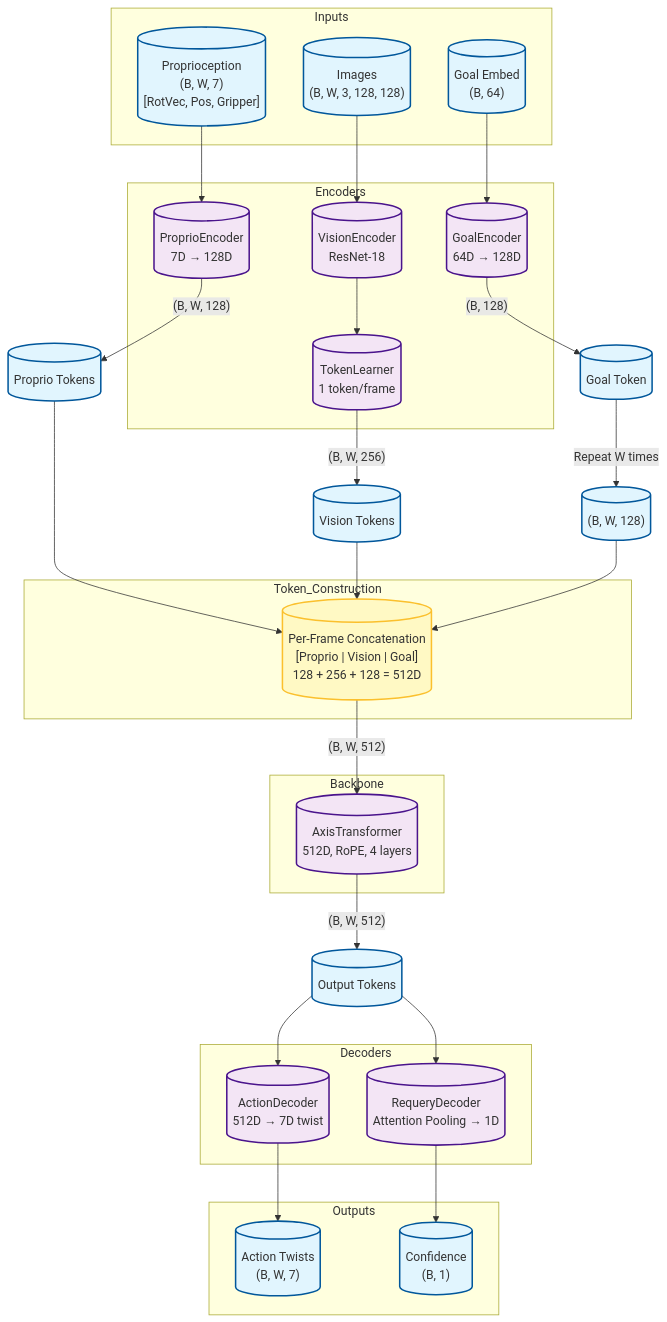
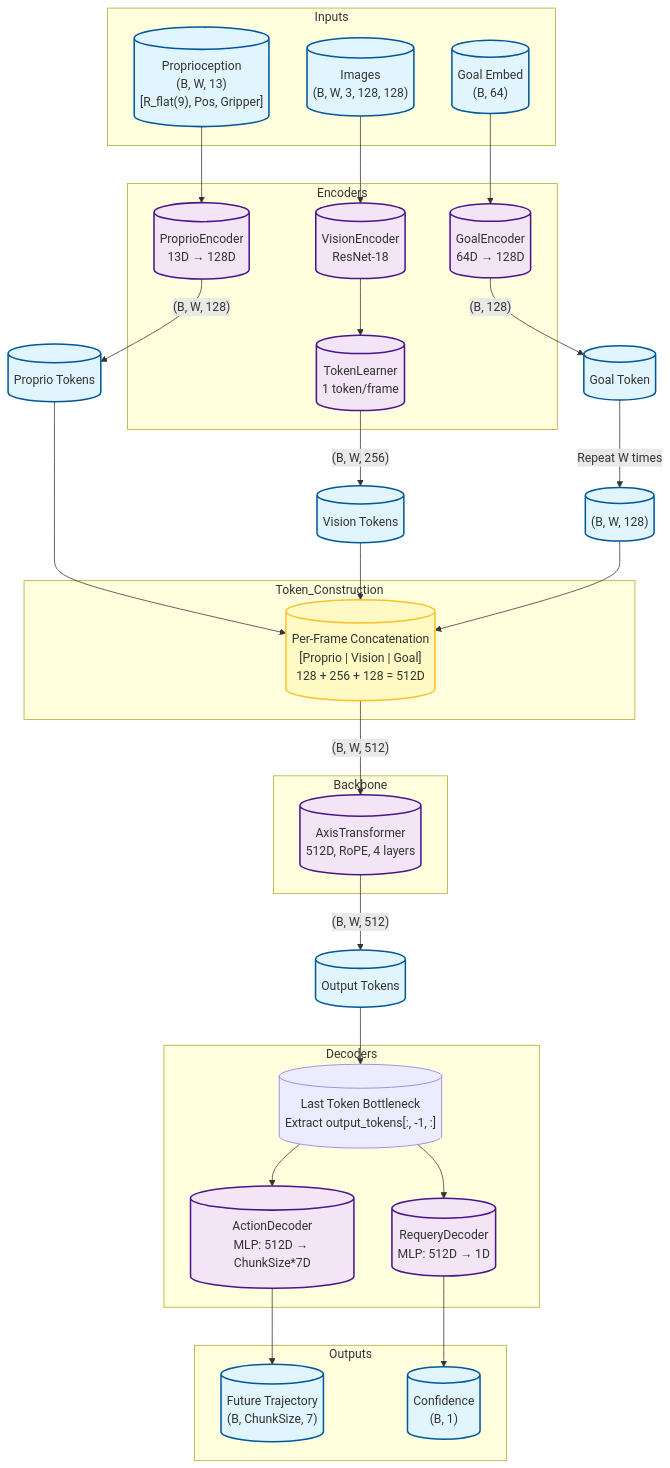
Before and after one commit to Thoooomas14/Axis: the first of 2 diagrams in docs/model_architecture_vis.md, drawn with Mermaid. The commit also changed other lines of this file and 5 other files, not shown here.

````diff
--- a/docs/model_architecture_vis.md
+++ b/docs/model_architecture_vis.md
@@ -7,60 +7,64 @@
 ```mermaid
 graph TD
     subgraph Inputs
         IMG[("Images<br/>(B, W, 3, 128, 128)")]
-        PROP[("Proprioception<br/>(B, W, 7)<br/>[RotVec, Pos, Gripper]")]
+        PROP[("Proprioception<br/>(B, W, 13)<br/>[R_flat(9), Pos, Gripper]")]
         GOAL[("Goal Embed<br/>(B, 64)")]
     end
 
     subgraph Encoders
         VE[("VisionEncoder<br/>ResNet-18")]
-        PE[("ProprioEncoder<br/>7D → 128D")]
+        PE[("ProprioEncoder<br/>13D → 128D")]
         GE[("GoalEncoder<br/>64D → 128D")]
         TL[("TokenLearner<br/>1 token/frame")]
     end
 
     subgraph Token_Construction
         CAT[("Per-Frame Concatenation<br/>[Proprio | Vision | Goal]<br/>128 + 256 + 128 = 512D")]
     end
 
     subgraph Backbone
         TR[("AxisTransformer<br/>512D, RoPE, 4 layers")]
     end
 
     subgraph Decoders
-        AD[("ActionDecoder<br/>512D → 7D twist")]
-        RD[("RequeryDecoder<br/>Attention Pooling → 1D")]
+        LT[("Last Token Bottleneck<br/>Extract output_tokens[:, -1, :]")]
+        AD[("ActionDecoder<br/>MLP: 512D → ChunkSize*7D")]
+        RD[("RequeryDecoder<br/>MLP: 512D → 1D")]
     end
 
     subgraph Outputs
-        ACT[("Action Twists<br/>(B, W, 7)")]
+        ACT[("Future Trajectory<br/>(B, ChunkSize, 7)")]
         REQ[("Confidence<br/>(B, 1)")]
     end
 
     %% Connections
     IMG --> VE --> TL
     TL -->|"(B, W, 256)"| VTOK[("Vision Tokens")]
     
     PROP --> PE -->|"(B, W, 128)"| PTOK[("Proprio Tokens")]
     
     GOAL --> GE -->|"(B, 128)"| GTOK[("Goal Token")]
     GTOK -->|"Repeat W times"| GEXP[("(B, W, 128)")]
     
     PTOK --> CAT
     VTOK --> CAT
     GEXP --> CAT
     CAT -->|"(B, W, 512)"| TR
     
     TR -->|"(B, W, 512)"| OUT[("Output Tokens")]
     
-    OUT --> AD --> ACT
-    OUT --> RD --> REQ
+    OUT --> LT
+    LT --> AD
+    LT --> RD
+    AD --> ACT
+    RD --> REQ
 
     classDef tensor fill:#e1f5fe,stroke:#01579b,stroke-width:2px;
     classDef component fill:#f3e5f5,stroke:#4a148c,stroke-width:2px,rx:10,ry:10;
     classDef logic fill:#fff9c4,stroke:#fbc02d,stroke-width:2px;
 
     class IMG,PROP,GOAL,VTOK,PTOK,GTOK,GEXP,OUT,ACT,REQ tensor;
     class VE,PE,GE,TL,TR,AD,RD component;
     class CAT logic;
 ```
````
